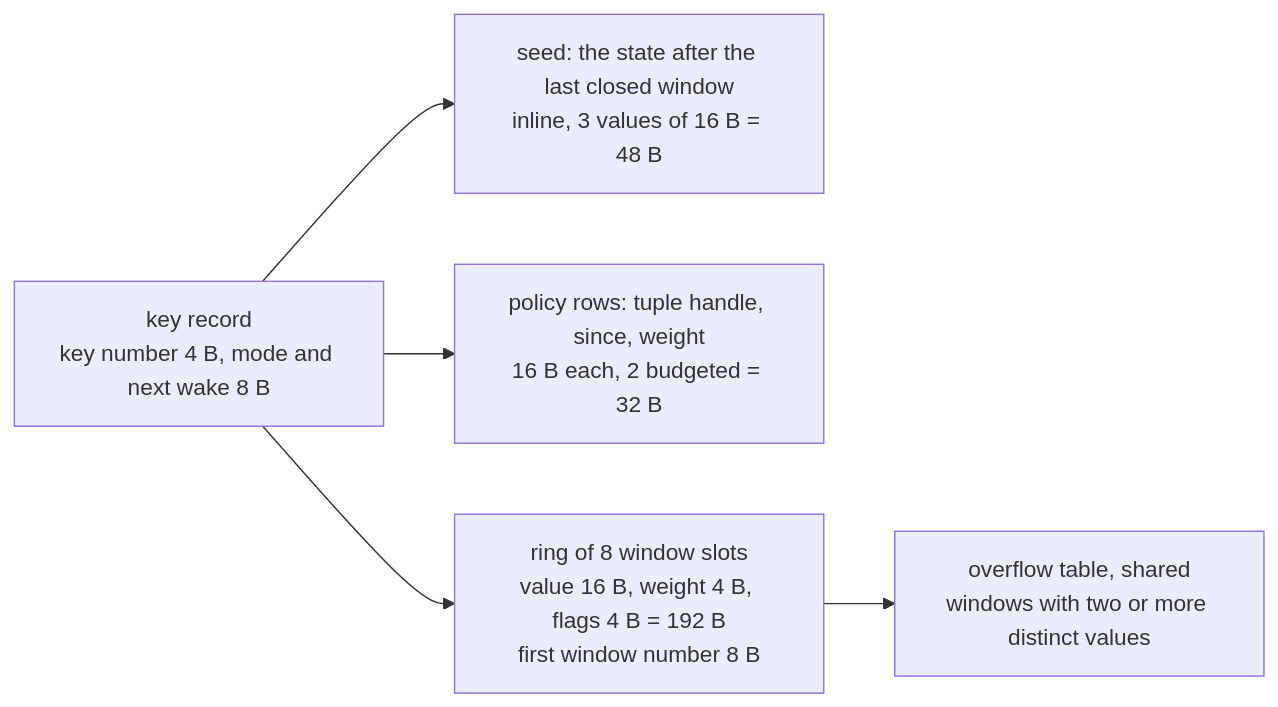
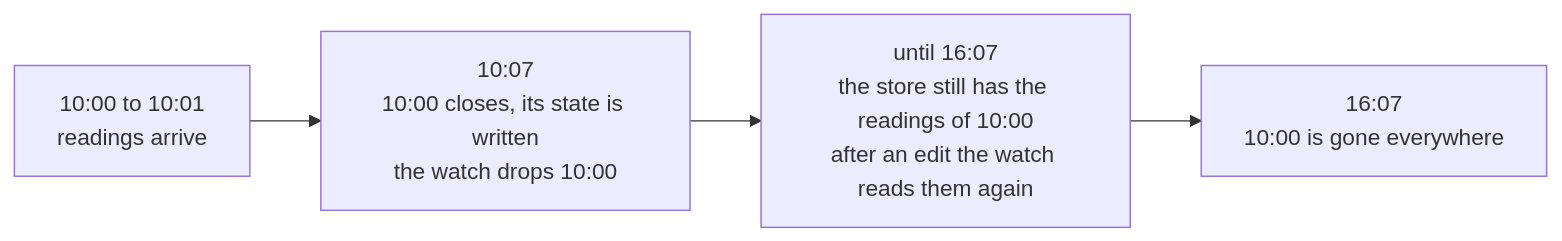
Before and after one commit to abossard/sattle: the third of 3 diagrams in paper/research/16-fold-state-per-key.md, drawn with Mermaid. The commit also changed other lines of this file, not shown here.

````diff
--- a/paper/research/16-fold-state-per-key.md
+++ b/paper/research/16-fold-state-per-key.md
@@ -128,7 +53,6 @@
 ```mermaid
 flowchart LR
-  K["key record<br/>key number 4 B, mode and next wake 8 B"] --> S["seed: the state after the last closed window<br/>inline, 3 values of 16 B = 48 B"]
-  K --> P["policy rows: tuple handle, since, weight<br/>16 B each, 2 budgeted = 32 B"]
-  K --> R["ring of 8 window slots<br/>value 16 B, weight 4 B, flags 4 B = 192 B<br/>first window number 8 B"]
-  R --> X["overflow table, shared<br/>windows with two or more distinct values"]
+  A["10:00 to 10:01<br/>readings arrive"] --> B["10:07<br/>10:00 closes, its state is written<br/>the watch drops 10:00"]
+  B --> C["until 16:07<br/>the store still has the readings of 10:00<br/>after an edit the watch reads them again"]
+  C --> D["16:07<br/>10:00 is gone everywhere"]
 ```
````
